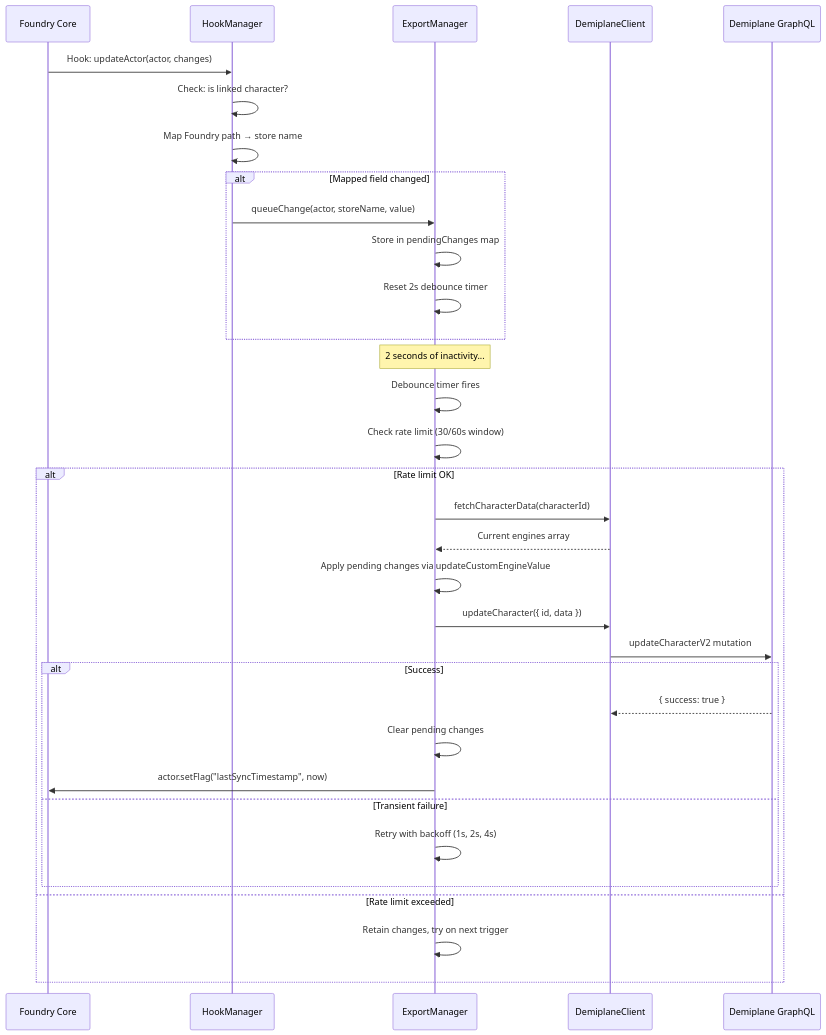
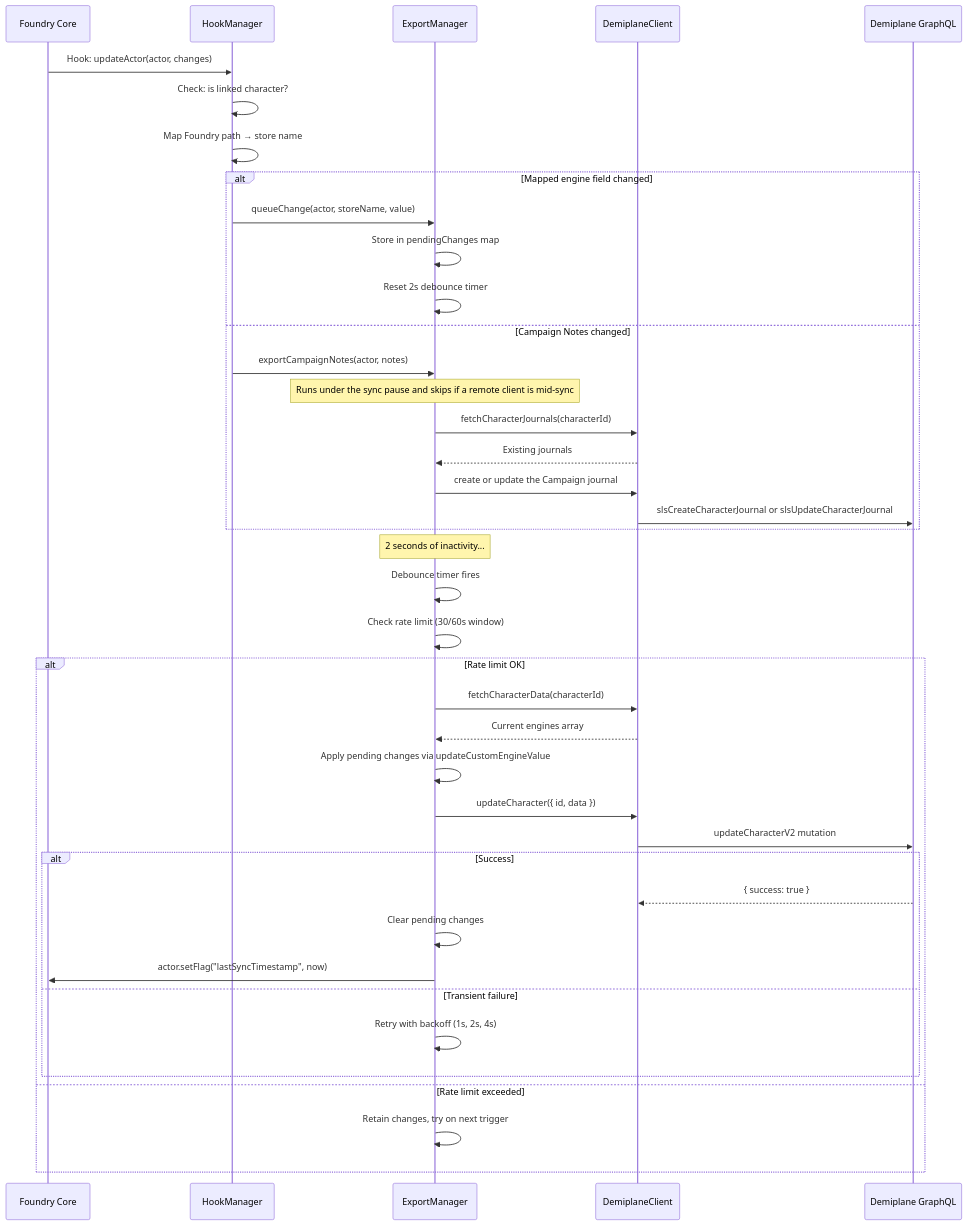
The fifth of 7 diagrams in docs/ARCHITECTURE.md (scooper4711/demiplane-pf2e), drawn with Mermaid before and after one commit. The commit also changed other lines of this file and 9 other files, not shown here.

First line of the commit message:
feat: Sync biography Campaign Notes with Demiplane journal

````diff
--- a/docs/ARCHITECTURE.md
+++ b/docs/ARCHITECTURE.md
@@ -469,42 +472,49 @@
 ```mermaid
 sequenceDiagram
     participant Foundry as Foundry Core
     participant HM as HookManager
     participant EM as ExportManager
     participant DC as DemiplaneClient
     participant API as Demiplane GraphQL
 
     Foundry->>HM: Hook: updateActor(actor, changes)
     HM->>HM: Check: is linked character?
     HM->>HM: Map Foundry path → store name
 
-    alt Mapped field changed
+    alt Mapped engine field changed
         HM->>EM: queueChange(actor, storeName, value)
         EM->>EM: Store in pendingChanges map
         EM->>EM: Reset 2s debounce timer
+    else Campaign Notes changed
+        HM->>EM: exportCampaignNotes(actor, notes)
+        Note over EM: Runs under the sync pause and skips if a remote client is mid-sync
+        EM->>DC: fetchCharacterJournals(characterId)
+        DC-->>EM: Existing journals
+        EM->>DC: create or update the Campaign journal
+        DC->>API: slsCreateCharacterJournal or slsUpdateCharacterJournal
     end
 
     Note over EM: 2 seconds of inactivity...
 
     EM->>EM: Debounce timer fires
     EM->>EM: Check rate limit (30/60s window)
 
     alt Rate limit OK
         EM->>DC: fetchCharacterData(characterId)
         DC-->>EM: Current engines array
 
         EM->>EM: Apply pending changes via updateCustomEngineValue
         EM->>DC: updateCharacter({ id, data })
         DC->>API: updateCharacterV2 mutation
 
         alt Success
             API-->>DC: { success: true }
             EM->>EM: Clear pending changes
             EM->>Foundry: actor.setFlag("lastSyncTimestamp", now)
         else Transient failure
             EM->>EM: Retry with backoff (1s, 2s, 4s)
         end
     else Rate limit exceeded
         EM->>EM: Retain changes, try on next trigger
     end
 ```
````
